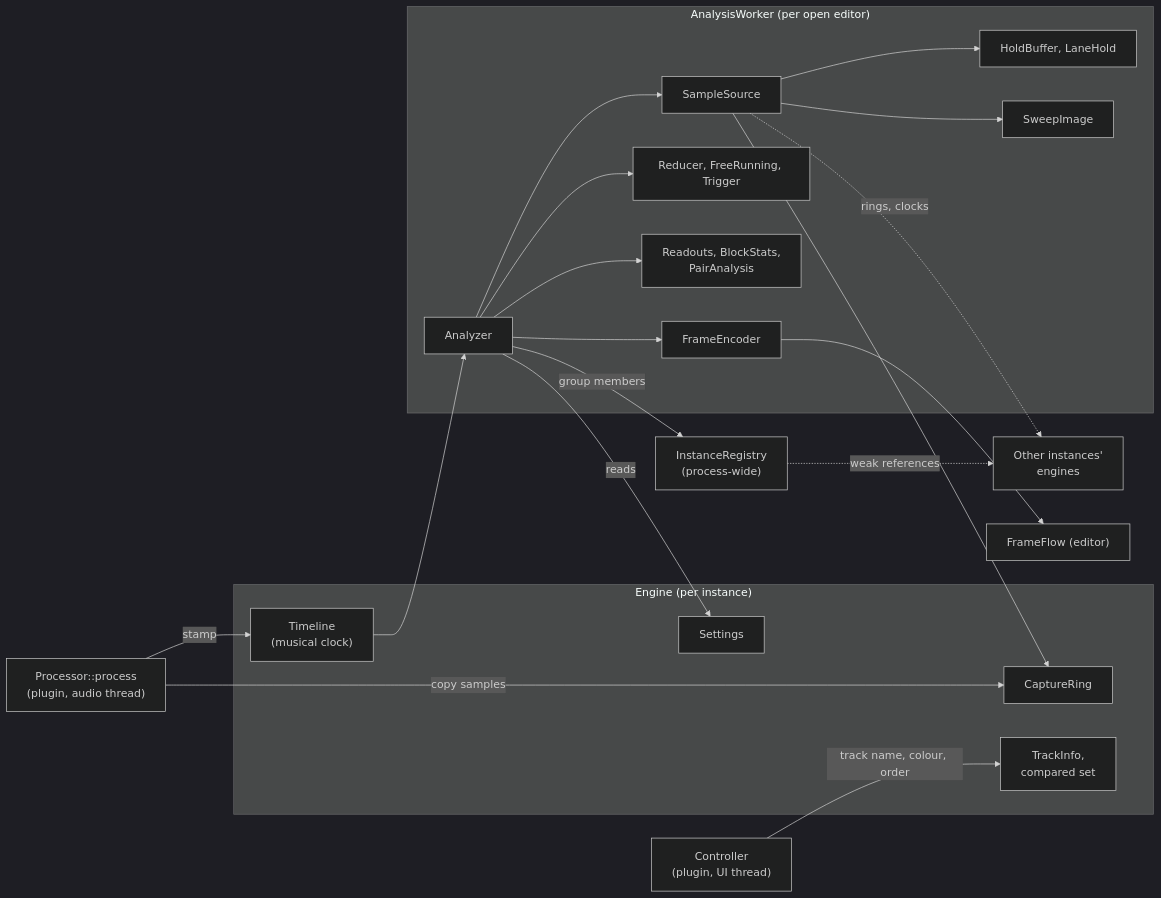
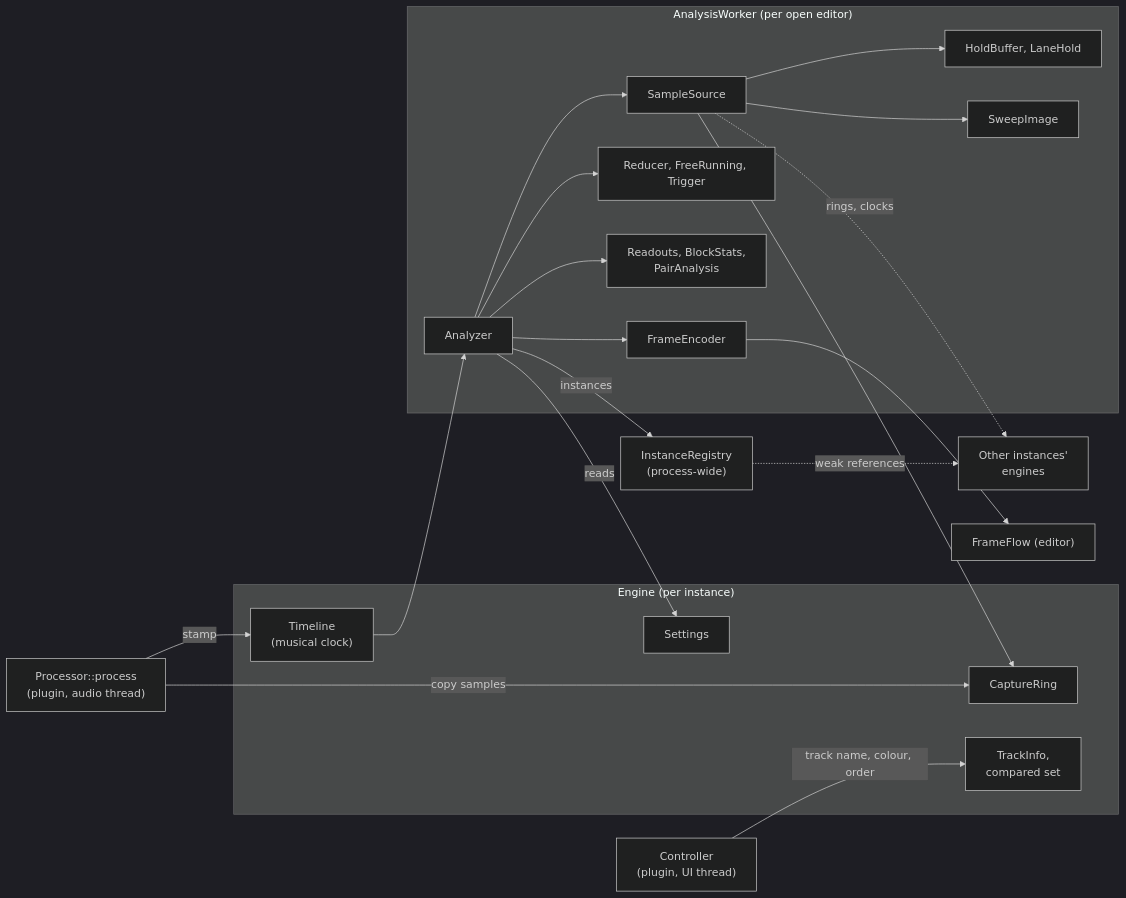
The third of 12 diagrams in docs/DESIGN.md (orizonaudio/Sineless), drawn with Mermaid (dark theme) before and after one commit. The commit also changed other lines of this file and 112 other files, not shown here.

````diff
--- a/docs/DESIGN.md
+++ b/docs/DESIGN.md
@@ -504,36 +501,36 @@
 ```mermaid
 flowchart LR
   Proc["Processor::process<br/>(plugin, audio thread)"]
   Ctrl["Controller<br/>(plugin, UI thread)"]
   subgraph Engine["Engine (per instance)"]
     Ring["CaptureRing"]
     Clock["Timeline<br/>(musical clock)"]
     Settings["Settings"]
     Track["TrackInfo,<br/>compared set"]
   end
   subgraph Worker["AnalysisWorker (per open editor)"]
     Analyzer["Analyzer"]
     Source["SampleSource"]
     Hold["HoldBuffer, LaneHold"]
     Sweep["SweepImage"]
     Reduce["Reducer, FreeRunning, Trigger"]
     Stats["Readouts, BlockStats,<br/>PairAnalysis"]
     Enc["FrameEncoder"]
   end
   Registry["InstanceRegistry<br/>(process-wide)"]
   Others["Other instances'<br/>engines"]
   Flow["FrameFlow (editor)"]
 
   Proc -- "copy samples" --> Ring
   Proc -- "stamp" --> Clock
   Ctrl -- "track name, colour, order" --> Track
   Analyzer -- "reads" --> Settings
-  Analyzer -- "group members" --> Registry
+  Analyzer -- "instances" --> Registry
   Registry -. "weak references" .-> Others
   Analyzer --> Source
   Source --> Ring & Hold & Sweep
   Source -. "rings, clocks" .-> Others
   Clock --> Analyzer
   Analyzer --> Reduce & Stats
   Analyzer --> Enc --> Flow
 ```
````
